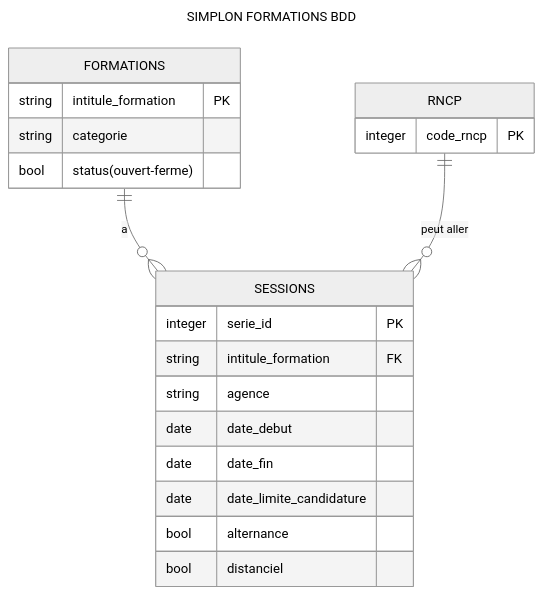
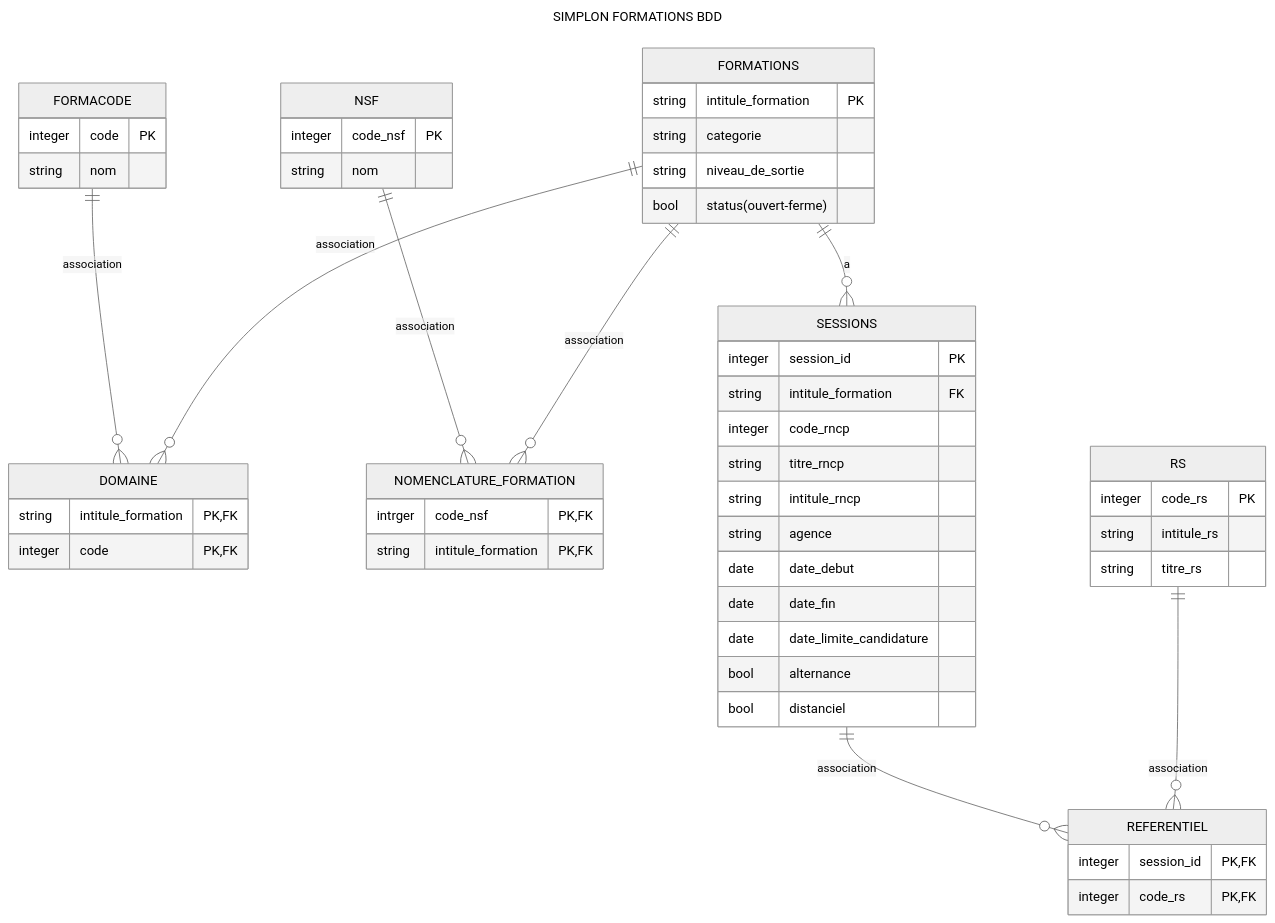
Before and after one commit to GuilhemDolet/3_weeks_simplon_project: the diagram in README.md, drawn with Mermaid (neutral theme). The commit also changed other lines of this file, not shown here.

Commit message:
Fin du schéma Mermaid

````diff
--- a/README.md
+++ b/README.md
@@ -3,29 +3,72 @@
 ```mermaid
 ---
 title: SIMPLON FORMATIONS BDD
 ---
 erDiagram
+
+DOMAINE{
+        string intitule_formation PK, FK
+        integer code PK, FK
+    }
+
     FORMATIONS{
         string intitule_formation PK
         string categorie
+        string niveau_de_sortie 
         bool status(ouvert-ferme) 
     }
 
+
+    NSF{
+        integer code_nsf PK
+        string nom
+    }
+
+    NOMENCLATURE_FORMATION{
+        intrger code_nsf PK, FK
+        string intitule_formation PK, FK
+    }
+
+    FORMACODE{
+        integer code PK
+        string nom 
+    }
+
+    
+
+    REFERENTIEL{
+        integer session_id PK, FK
+        integer code_rs PK, FK
+    }
+
+    RS{
+        integer code_rs PK
+        string intitule_rs
+        string titre_rs
+    }
+
     SESSIONS{
-        integer serie_id PK
+        integer session_id PK
         string intitule_formation FK
+        integer code_rncp
+        string titre_rncp
+        string intitule_rncp
         string agence
         date date_debut
         date date_fin
         date date_limite_candidature
         bool alternance 
         bool distanciel
     }
 
-    RNCP{
-        integer code_rncp PK
-    }
+    FORMATIONS ||--o{ SESSIONS : "a"
+    FORMATIONS ||--o{ NOMENCLATURE_FORMATION : "association"
+    NSF ||--o{ NOMENCLATURE_FORMATION : "association"
+    RS ||--o{ REFERENTIEL : "association"
+    SESSIONS ||--o{ REFERENTIEL : "association"
+    FORMATIONS ||--o{ DOMAINE : "association"
+    FORMACODE ||--o{ DOMAINE : "association"
+  
 
-    FORMATIONS ||--o{ SESSIONS : "a"
-    RNCP ||--o{ SESSIONS : "peut aller"
+    
 ```
````
